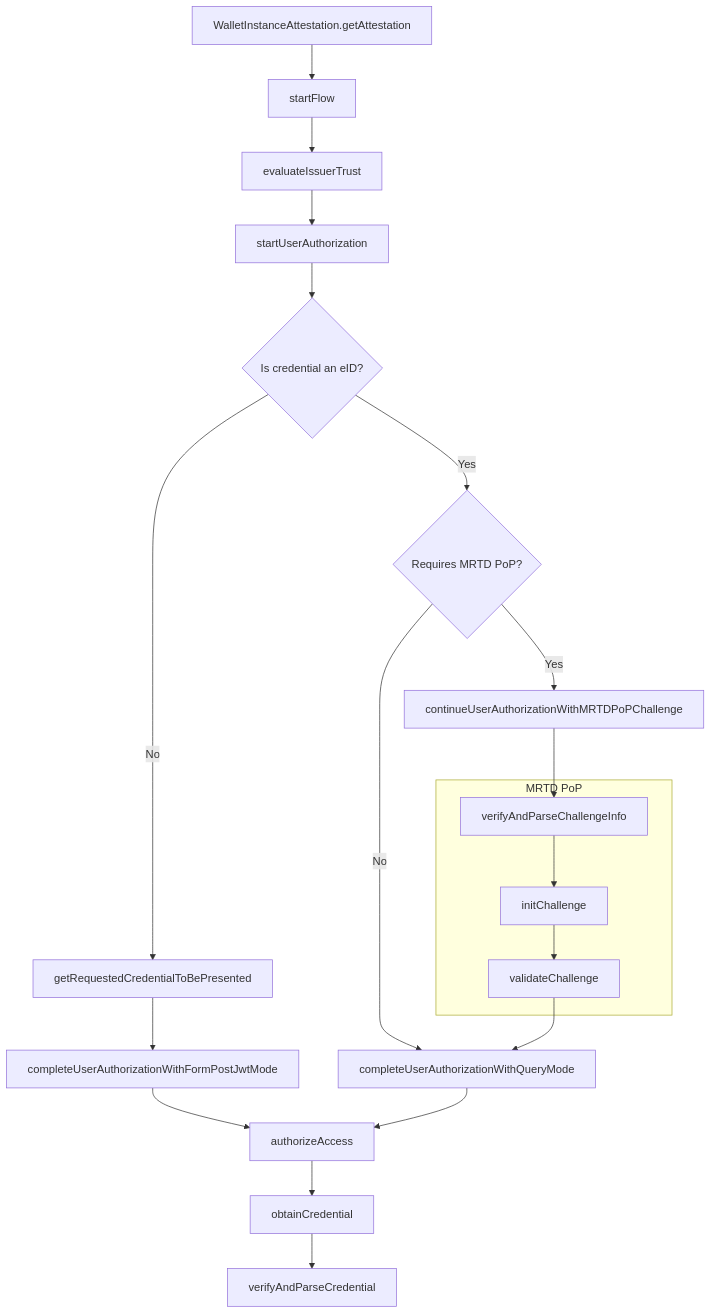
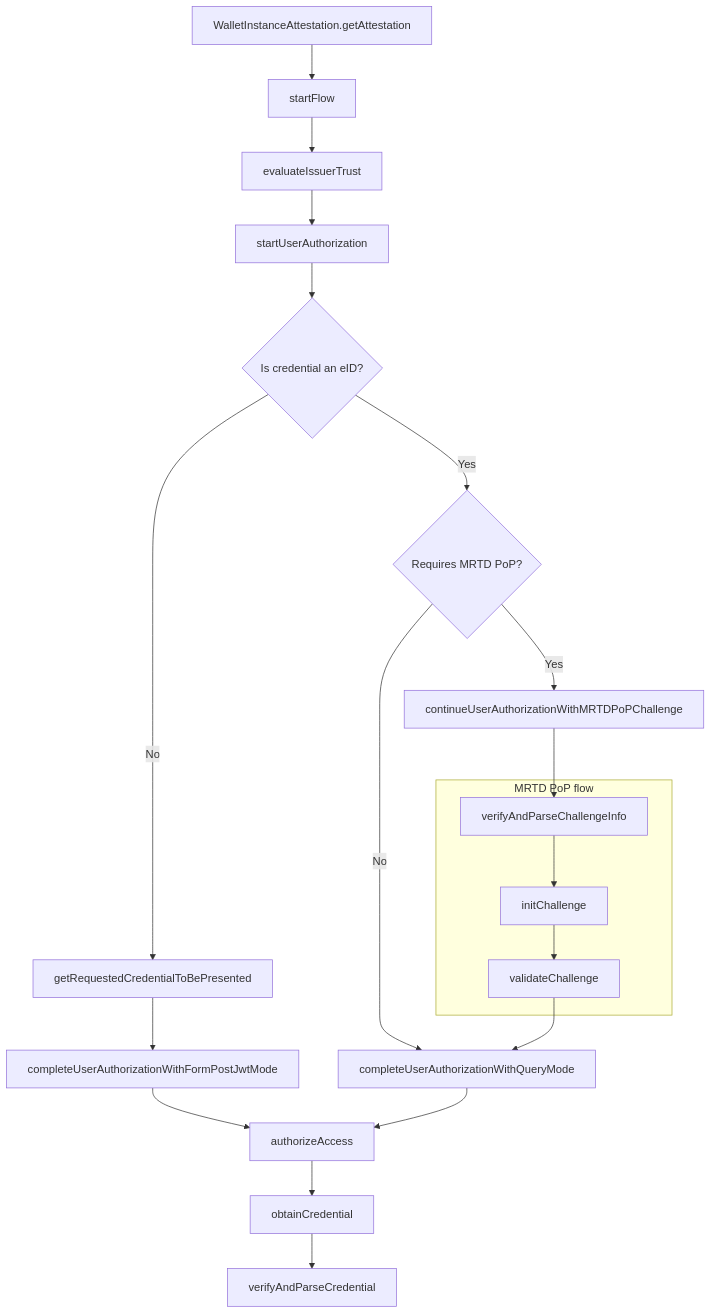
Before and after one commit to pagopa/io-react-native-wallet: the diagram in src/credential/issuance/README.md, drawn with Mermaid. The commit also changed other lines of this file and 10 other files, not shown here.

````diff
--- a/src/credential/issuance/README.md
+++ b/src/credential/issuance/README.md
@@ -13,40 +13,41 @@
 ```mermaid
 graph TD;
     0[WalletInstanceAttestation.getAttestation]
     1[startFlow]
     2[evaluateIssuerTrust]
     3[startUserAuthorization]
     C4[getRequestedCredentialToBePresented]
     C4.1[completeUserAuthorizationWithFormPostJwtMode]
     E4[completeUserAuthorizationWithQueryMode]
     5[authorizeAccess]
     6[obtainCredential]
     7[verifyAndParseCredential]
     credSel{Is credential an eID?}
     proofSel{Requires MRTD PoP?}
     M1[continueUserAuthorizationWithMRTDPoPChallenge]
-    subgraph MRTD PoP
+    subgraph MRTD PoP flow
     M2[verifyAndParseChallengeInfo]
     M3[initChallenge]
     M4[validateChallenge]
     end
 
     0 --> 1
     1 --> 2
     2 --> 3
     3 --> credSel
     credSel -->|Yes| proofSel
     credSel -->|No| C4
     proofSel --> |Yes| M1
     proofSel --> |No| E4
     C4 --> C4.1
     C4.1 --> 5
     E4 --> 5
     5 --> 6
     6 --> 7
 
     M1 --> M2
     M2 --> M3
     M3 --> M4
     M4 --> E4
+
 ```
````
